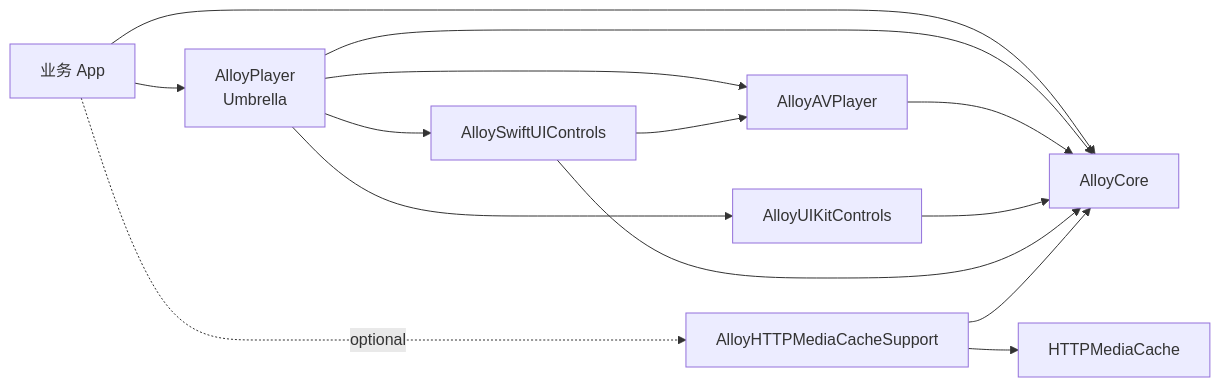
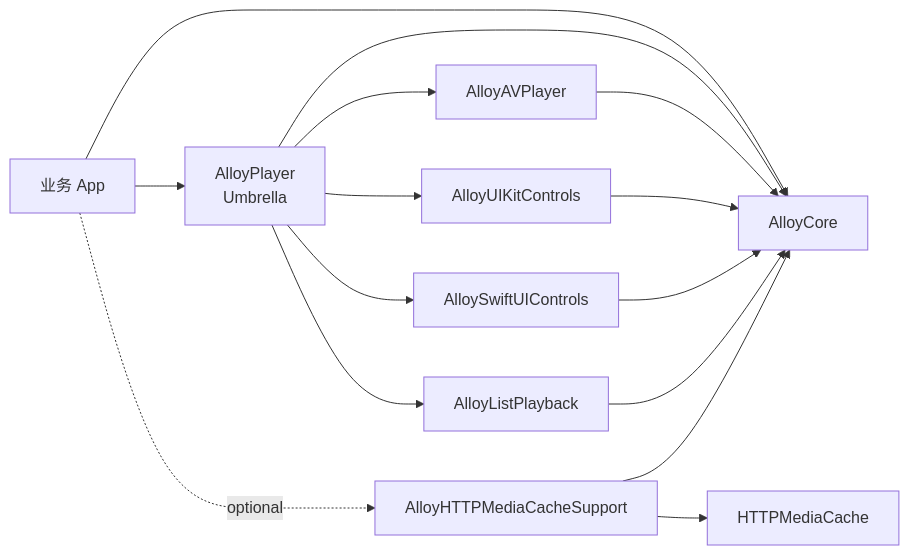
One commit to sunimp/AlloyPlayer changed the diagram in README.md. Above: the diagram before and after it, drawn with Mermaid. The commit also changed other lines of this file and 39 other files, not shown here.

````diff
--- a/README.md
+++ b/README.md
@@ -241,19 +266,20 @@
 ```mermaid
 flowchart LR
     App[业务 App] --> Umbrella[AlloyPlayer<br/>Umbrella]
     App --> Core[AlloyCore]
 
     Umbrella --> Core
     Umbrella --> AV[AlloyAVPlayer]
     Umbrella --> UIKitControls[AlloyUIKitControls]
     Umbrella --> SwiftUIControls[AlloySwiftUIControls]
+    Umbrella --> ListPlayback[AlloyListPlayback]
 
     AV --> Core
     UIKitControls --> Core
     SwiftUIControls --> Core
-    SwiftUIControls --> AV
+    ListPlayback --> Core
 
     CacheSupport[AlloyHTTPMediaCacheSupport] --> Core
     CacheSupport --> HTTPMediaCache[HTTPMediaCache]
     App -. optional .-> CacheSupport
 ```
````
